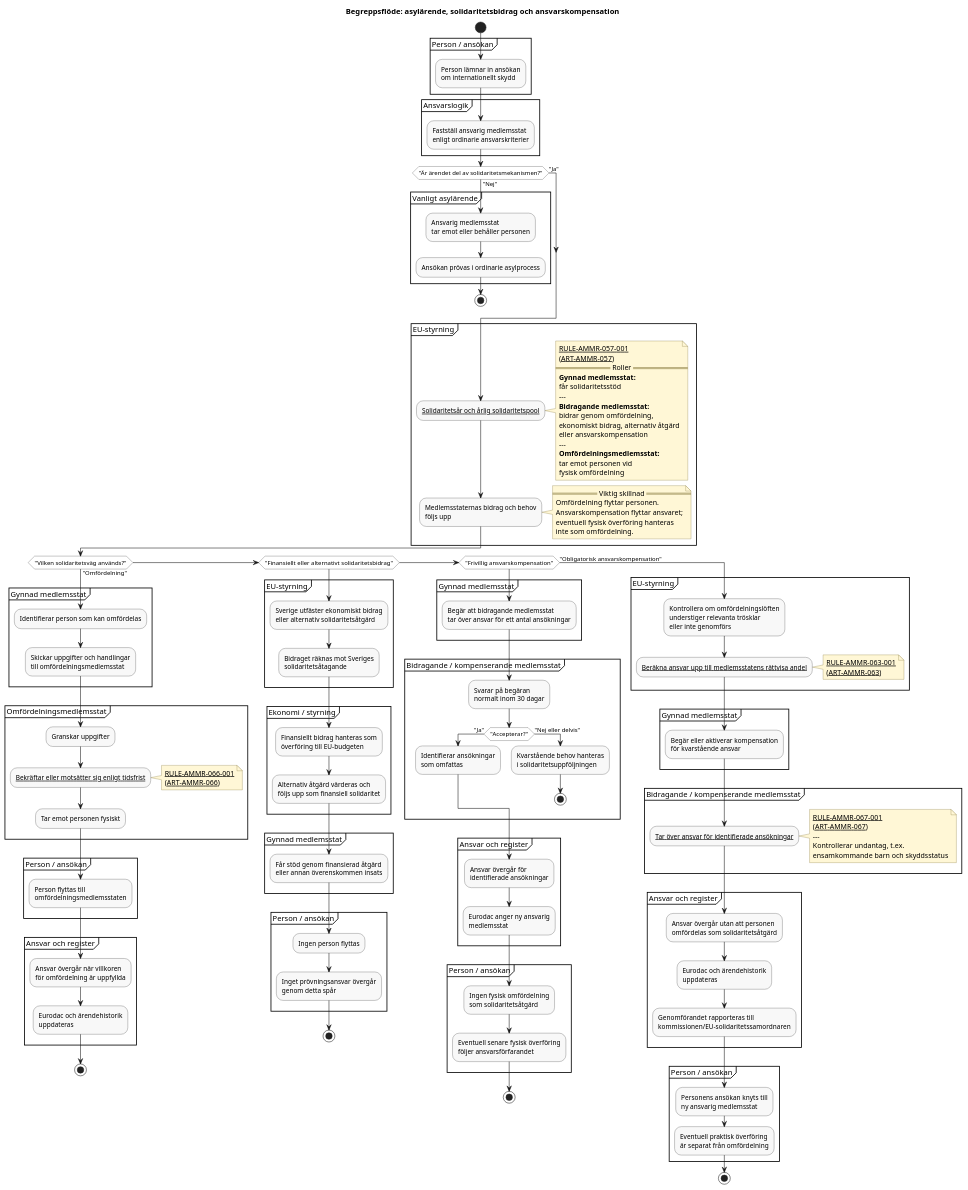
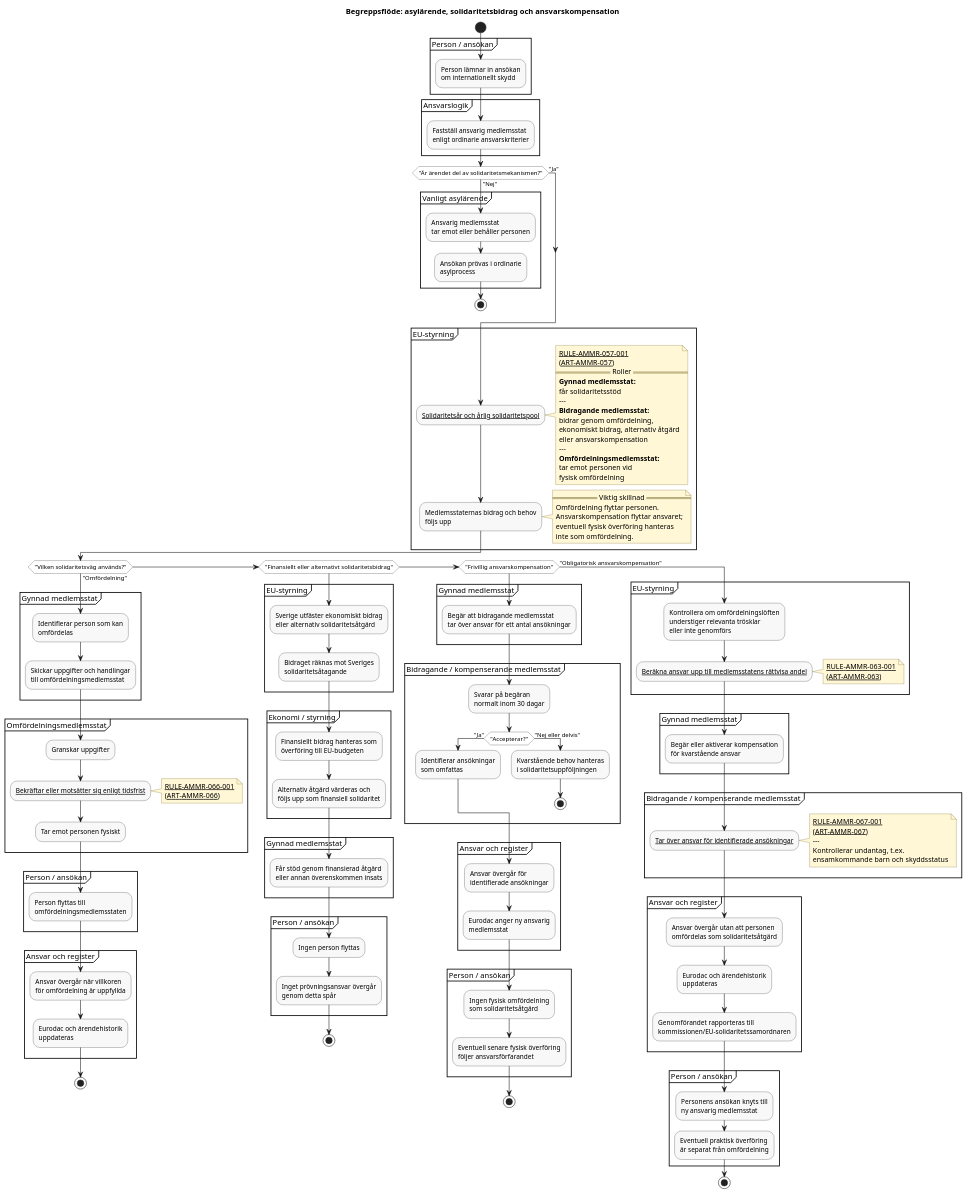
The diagram in docs/domains/solidarity/diagrams/solidarity-concept-flow.pu (chrhe894/migration_pact), drawn with PlantUML before and after one commit. The commit also changed 14 other files, not shown here.

Commit message:
Less wide diagrams

```diff
--- a/docs/domains/solidarity/diagrams/solidarity-concept-flow.pu
+++ b/docs/domains/solidarity/diagrams/solidarity-concept-flow.pu
@@ -49,7 +49,7 @@
   partition "Vanligt asylärende" {
     :Ansvarig medlemsstat
     tar emot eller behåller personen;
-    :Ansökan prövas i ordinarie asylprocess;
+    :Ansökan prövas i ordinarie\nasylprocess;
   }
   stop
 else ("Ja")
@@ -86,7 +86,7 @@
 
 if ("Vilken solidaritetsväg används?") then ("Omfördelning")
   partition "Gynnad medlemsstat" {
-    :Identifierar person som kan omfördelas;
+    :Identifierar person som kan\nomfördelas;
     :Skickar uppgifter och handlingar
     till omfördelningsmedlemsstat;
   }
```
